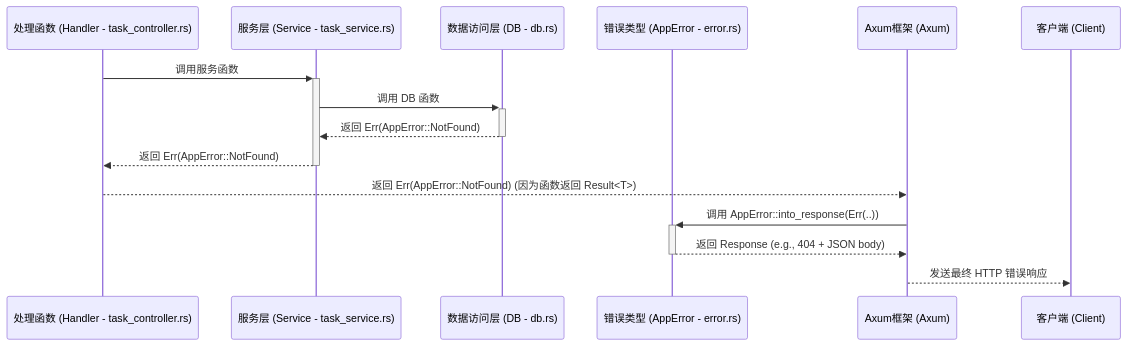
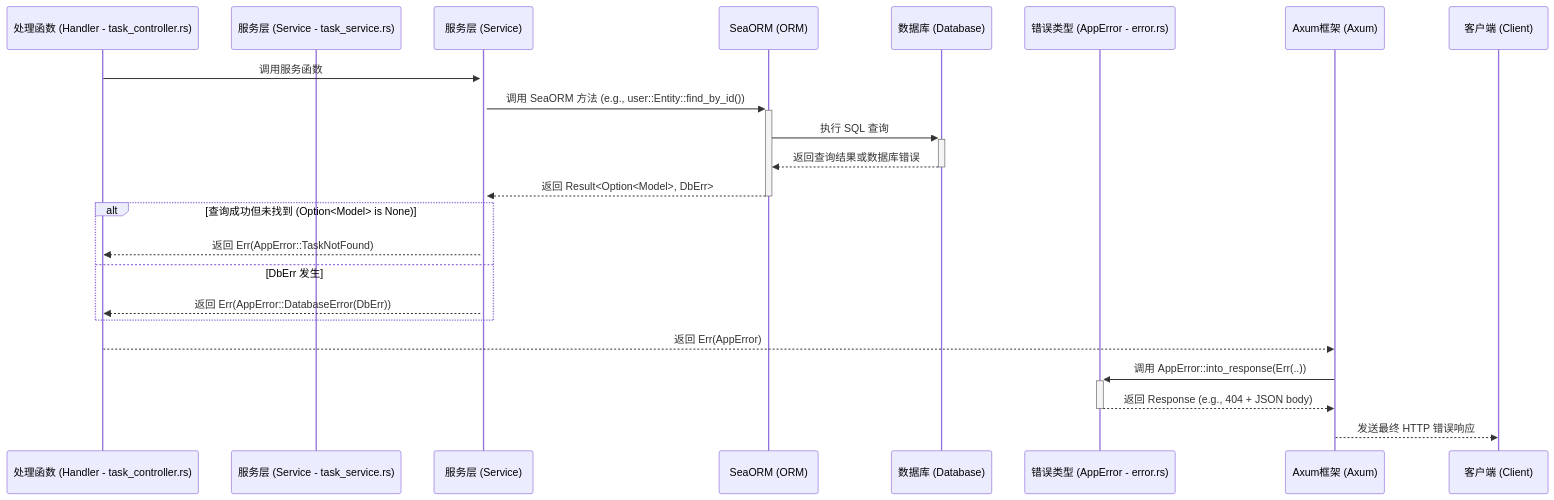
One commit to fasfsagg/rust changed the third of 3 diagrams in src/FLOWCHART.md. Above: the diagram before and after it, drawn with Mermaid. The commit also changed other lines of this file and 31 other files, not shown here.

First line of the commit message:
Refactor: Migrate to SeaORM, implement JWT auth, and add tests

````diff
--- a/src/FLOWCHART.md
+++ b/src/FLOWCHART.md
@@ -59,18 +67,26 @@
 ```mermaid
 sequenceDiagram
     participant 处理函数 (Handler - task_controller.rs)
     participant 服务层 (Service - task_service.rs)
-    participant 数据访问层 (DB - db.rs)
+    participant 服务层 (Service)
+    participant SeaORM (ORM)
+    participant 数据库 (Database)
     participant 错误类型 (AppError - error.rs)
     participant Axum框架 (Axum)
     participant 客户端 (Client)
 
-    处理函数 (Handler - task_controller.rs)->>+服务层 (Service - task_service.rs): 调用服务函数
-    服务层 (Service - task_service.rs)->>+数据访问层 (DB - db.rs): 调用 DB 函数
-    数据访问层 (DB - db.rs)-->>-服务层 (Service - task_service.rs): 返回 Err(AppError::NotFound)
-    服务层 (Service - task_service.rs)-->>-处理函数 (Handler - task_controller.rs): 返回 Err(AppError::NotFound)
-    处理函数 (Handler - task_controller.rs)-->>Axum框架 (Axum): 返回 Err(AppError::NotFound) (因为函数返回 Result<T>)
+    处理函数 (Handler - task_controller.rs)->>+服务层 (Service): 调用服务函数
+    服务层 (Service)->>+SeaORM (ORM): 调用 SeaORM 方法 (e.g., user::Entity::find_by_id())
+    SeaORM (ORM)->>+数据库 (Database): 执行 SQL 查询
+    数据库 (Database)-->>-SeaORM (ORM): 返回查询结果或数据库错误
+    SeaORM (ORM)-->>-服务层 (Service): 返回 Result<Option<Model>, DbErr>
+    alt 查询成功但未找到 (Option<Model> is None)
+        服务层 (Service)-->>处理函数 (Handler - task_controller.rs): 返回 Err(AppError::TaskNotFound)
+    else DbErr 发生
+        服务层 (Service)-->>处理函数 (Handler - task_controller.rs): 返回 Err(AppError::DatabaseError(DbErr))
+    end
+    处理函数 (Handler - task_controller.rs)-->>Axum框架 (Axum): 返回 Err(AppError)
     Axum框架 (Axum)->>+错误类型 (AppError - error.rs): 调用 AppError::into_response(Err(..))
     错误类型 (AppError - error.rs)-->>-Axum框架 (Axum): 返回 Response (e.g., 404 + JSON body)
     Axum框架 (Axum)-->>客户端 (Client): 发送最终 HTTP 错误响应
 ``` 
````
